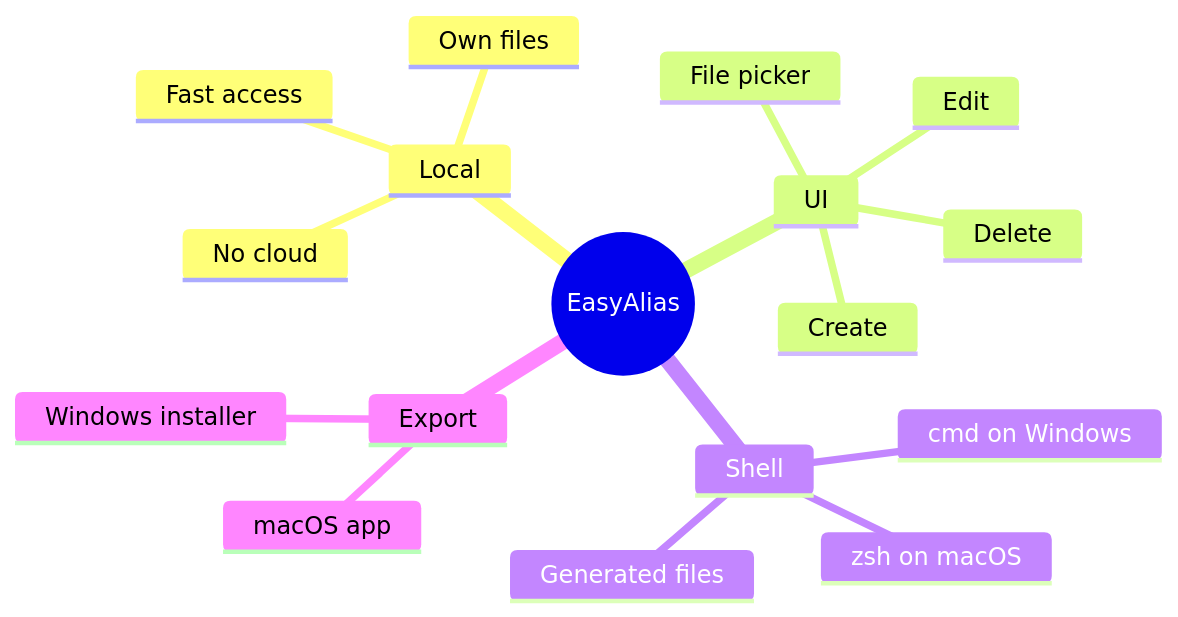
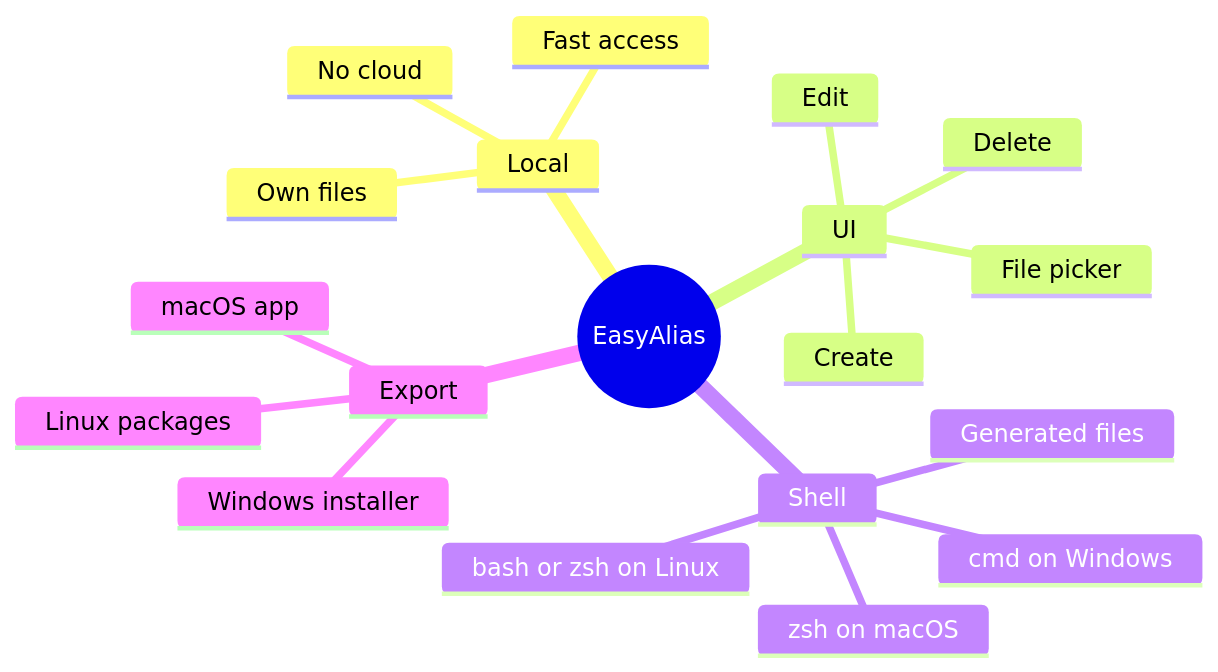
The fourth of 4 diagrams in README.md (hannesgnann-hub/easyalias), drawn with Mermaid before and after one commit. The commit also changed other lines of this file and 20 other files, not shown here.

````diff
--- a/README.md
+++ b/README.md
@@ -235,20 +290,22 @@
 ```mermaid
 mindmap
   root((EasyAlias))
     Local
       No cloud
       Own files
       Fast access
     UI
       Create
       Edit
       Delete
       File picker
     Shell
       zsh on macOS
       cmd on Windows
+      bash or zsh on Linux
       Generated files
     Export
       macOS app
       Windows installer
+      Linux packages
 ```
````
